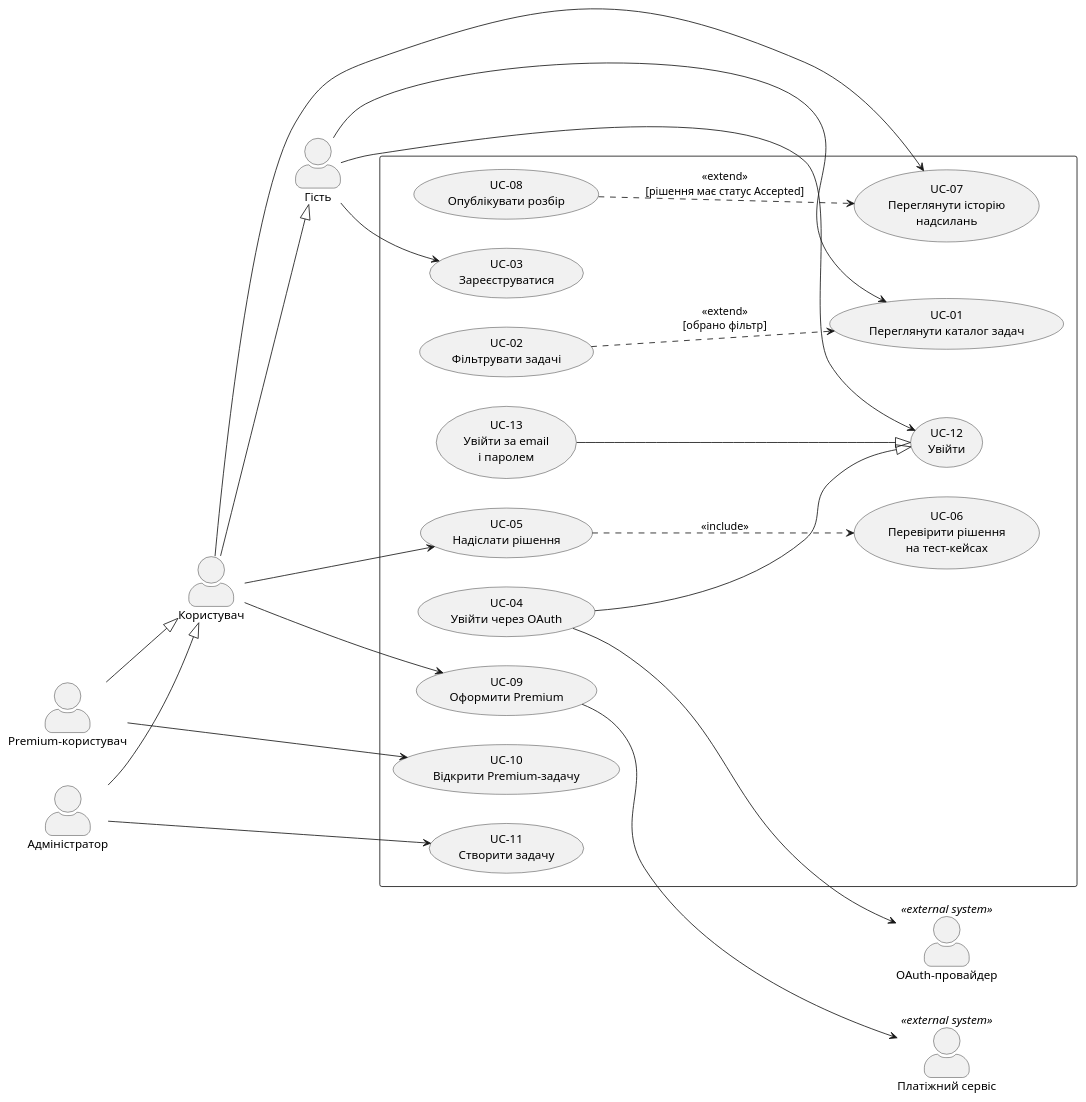
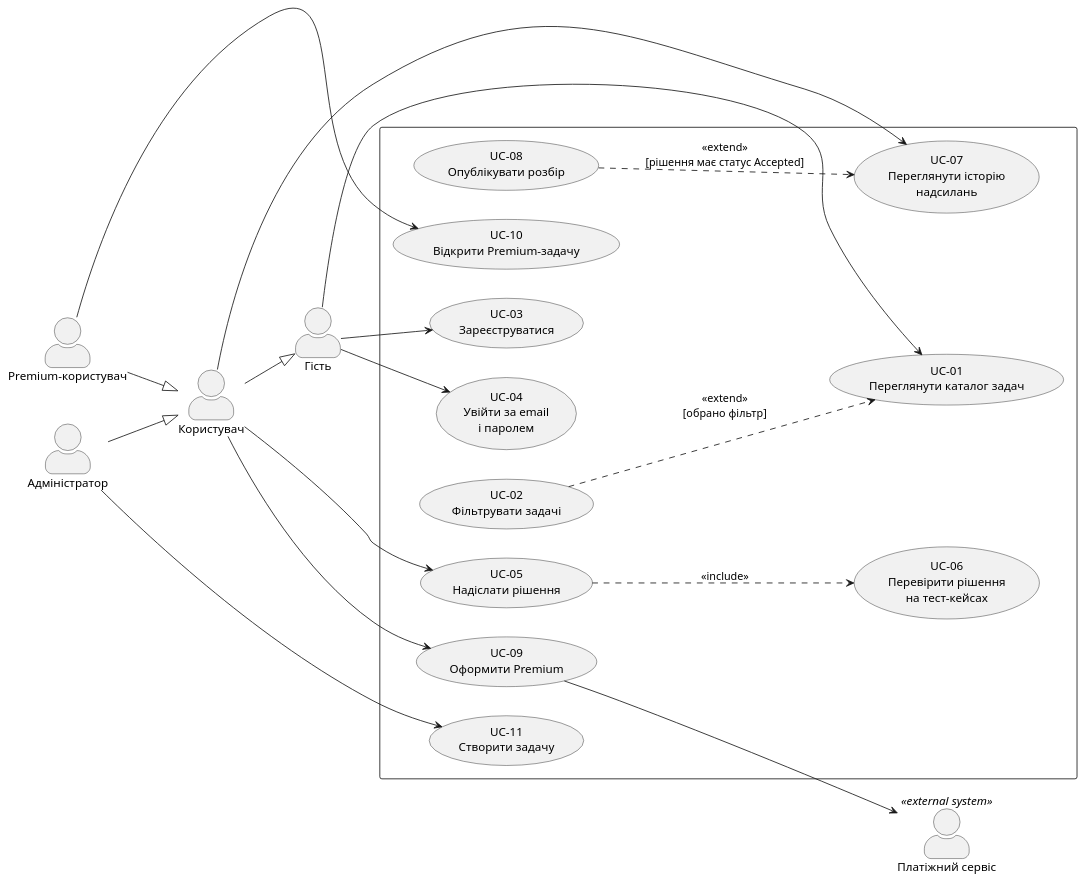
One commit to Cammp3r/KPI-2-LABS changed the diagram in lab2/usecase.puml. Above: the diagram before and after it, drawn with PlantUML. The commit also changed 7 other files, not shown here.

```diff
--- a/lab2/usecase.puml
+++ b/lab2/usecase.puml
@@ -1,61 +1,53 @@
 @startuml usecase
 left to right direction
 skinparam packageStyle rectangle
 skinparam actorStyle awesome
 
 ' ===== Актори-люди (ліворуч) =====
 actor "Гість" as Guest
 actor "Користувач" as User
 actor "Premium-користувач" as Premium
 actor "Адміністратор" as Admin
 
 ' ===== Узагальнення акторів =====
 User --|> Guest
 Premium --|> User
 Admin --|> User
 
 ' ===== Межа системи =====
 rectangle {
   usecase "UC-01\nПереглянути каталог задач" as UC01
   usecase "UC-02\nФільтрувати задачі" as UC02
   usecase "UC-03\nЗареєструватися" as UC03
-  usecase "UC-12\nУвійти" as UC12
-  usecase "UC-13\nУвійти за email\nі паролем" as UC13
-  usecase "UC-04\nУвійти через OAuth" as UC04
+  usecase "UC-04\nУвійти за email\nі паролем" as UC04
   usecase "UC-05\nНадіслати рішення" as UC05
   usecase "UC-06\nПеревірити рішення\nна тест-кейсах" as UC06
   usecase "UC-07\nПереглянути історію\nнадсилань" as UC07
   usecase "UC-08\nОпублікувати розбір" as UC08
   usecase "UC-09\nОформити Premium" as UC09
   usecase "UC-10\nВідкрити Premium-задачу" as UC10
   usecase "UC-11\nСтворити задачу" as UC11
 }
 
 ' ===== Зовнішні системи (праворуч) =====
-actor "OAuth-провайдер" as OAuth <<external system>>
 actor "Платіжний сервіс" as Pay <<external system>>
-
-' ===== Узагальнення use case: два способи входу =====
-UC13 --|> UC12
-UC04 --|> UC12
 
 ' ===== Асоціації: основні актори =====
 Guest --> UC01
 Guest --> UC03
-Guest --> UC12
+Guest --> UC04
 User --> UC05
 User --> UC07
 User --> UC09
 Premium --> UC10
 Admin --> UC11
 
 ' ===== Асоціації: зовнішні системи =====
-UC04 --> OAuth
 UC09 --> Pay
 
 ' ===== include / extend =====
 UC05 ..> UC06 : <<include>>
 UC02 ..> UC01 : <<extend>>\n[обрано фільтр]
 UC08 ..> UC07 : <<extend>>\n[рішення має статус Accepted]
 
 @enduml
```
